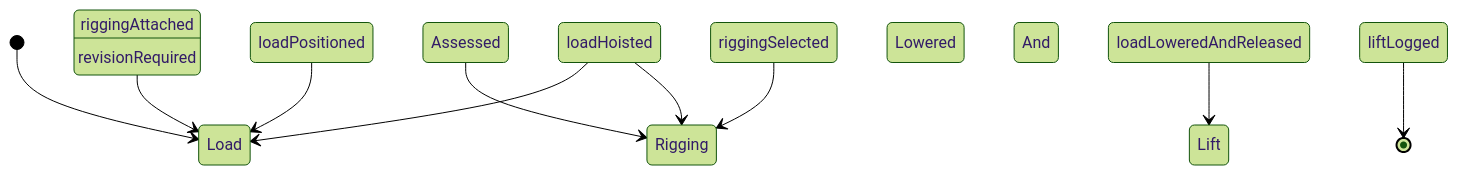
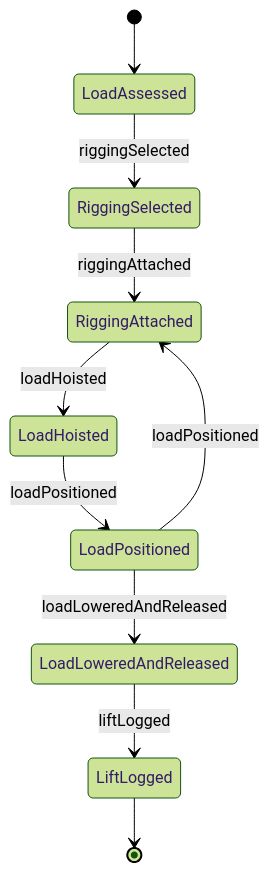
Before and after one commit to dot-org-ai/tasks.org.ai: the second of 4 diagrams in ControllingMachinesAndProcesses/OperateLiftingOrMovingEquipment/LiftMaterialsWorkpiecesUsingCranes.mdx, drawn with Mermaid (forest theme). The commit also changed other lines of this file and 515 other files, not shown here.

````diff
--- a/ControllingMachinesAndProcesses/OperateLiftingOrMovingEquipment/LiftMaterialsWorkpiecesUsingCranes.mdx
+++ b/ControllingMachinesAndProcesses/OperateLiftingOrMovingEquipment/LiftMaterialsWorkpiecesUsingCranes.mdx
@@ -98,12 +98,12 @@
 ```mermaid
 stateDiagram-v2
-    [*] --> Load Assessed
-    Load Assessed --> Rigging Selected : riggingSelected
-    Rigging Selected --> Rigging Attached : riggingAttached
-    Rigging Attached --> Load Hoisted : loadHoisted
-    Load Hoisted --> Load Positioned : loadPositioned
-    Load Positioned --> Load Lowered And Released : loadLoweredAndReleased
-    Load Lowered And Released --> Lift Logged : liftLogged
-    Load Hoisted --> Rigging Attached : revisionRequired
-    Lift Logged --> [*]
+    [*] --> LoadAssessed
+    LoadAssessed --> RiggingSelected : riggingSelected
+    RiggingSelected --> RiggingAttached : riggingAttached
+    RiggingAttached --> LoadHoisted : loadHoisted
+    LoadHoisted --> LoadPositioned : loadPositioned
+    LoadPositioned --> LoadLoweredAndReleased : loadLoweredAndReleased
+    LoadLoweredAndReleased --> LiftLogged : liftLogged
+    LoadPositioned --> RiggingAttached : loadPositioned
+    LiftLogged --> [*]
 ```
````
